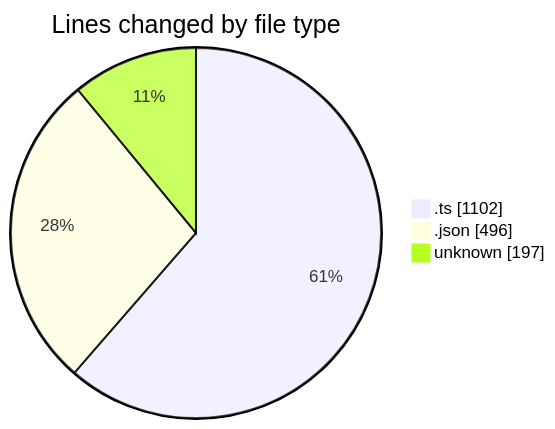
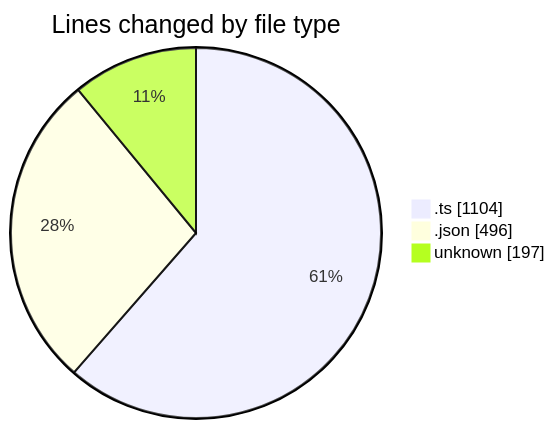
The first of 2 diagrams in 2025-08-24/chatgpt-extension/README.md (EIIisD/code-tracking), drawn with Mermaid before and after one commit. The commit also changed other lines of this file and 1 other file, not shown here.

````diff
--- a/2025-08-24/chatgpt-extension/README.md
+++ b/2025-08-24/chatgpt-extension/README.md
@@ -24,7 +24,7 @@
 ```mermaid
 pie showData
 title Lines changed by file type
-".ts" : 1102
+".ts" : 1104
 ".json" : 496
 "unknown" : 197
 ```
````
